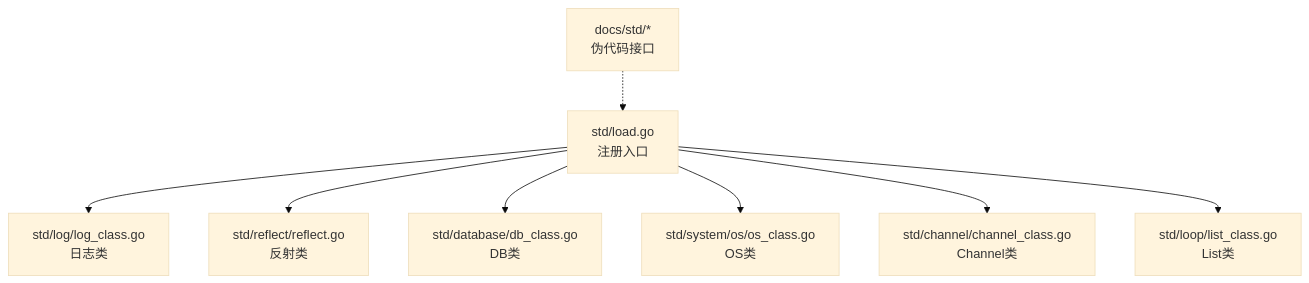
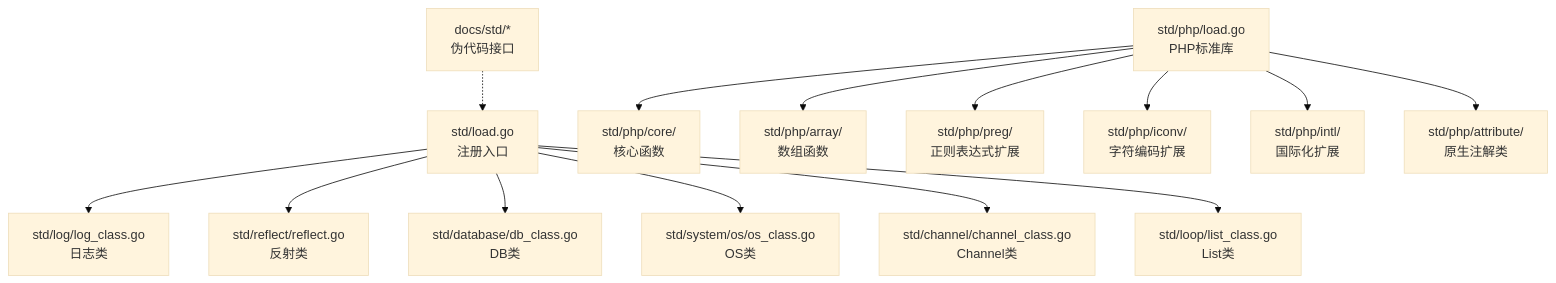
One commit to php-any/origami changed the first of 10 diagrams in .qoder/repowiki/zh/content/标准库模块/标准库模块.md. Above: the diagram before and after it, drawn with Mermaid (base theme). The commit also changed other lines of this file and 21 other files, not shown here.

````diff
--- a/.qoder/repowiki/zh/content/标准库模块/标准库模块.md
+++ b/.qoder/repowiki/zh/content/标准库模块/标准库模块.md
@@ -73,10 +92,16 @@
 ```mermaid
 graph TB
 A["std/load.go<br/>注册入口"] --> B["std/log/log_class.go<br/>日志类"]
 A --> C["std/reflect/reflect.go<br/>反射类"]
 A --> D["std/database/db_class.go<br/>DB类"]
 A --> E["std/system/os/os_class.go<br/>OS类"]
 A --> F["std/channel/channel_class.go<br/>Channel类"]
 A --> G["std/loop/list_class.go<br/>List类"]
-H["docs/std/*<br/>伪代码接口"] -.-> A
+H["std/php/load.go<br/>PHP标准库"] --> I["std/php/core/<br/>核心函数"]
+H --> J["std/php/array/<br/>数组函数"]
+H --> K["std/php/preg/<br/>正则表达式扩展"]
+H --> L["std/php/iconv/<br/>字符编码扩展"]
+H --> M["std/php/intl/<br/>国际化扩展"]
+H --> N["std/php/attribute/<br/>原生注解类"]
+O["docs/std/*<br/>伪代码接口"] -.-> A
 ```
````
